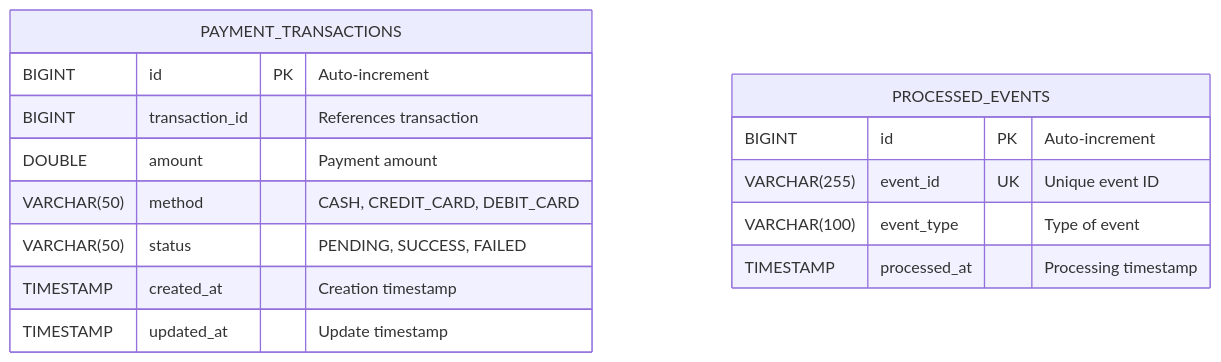
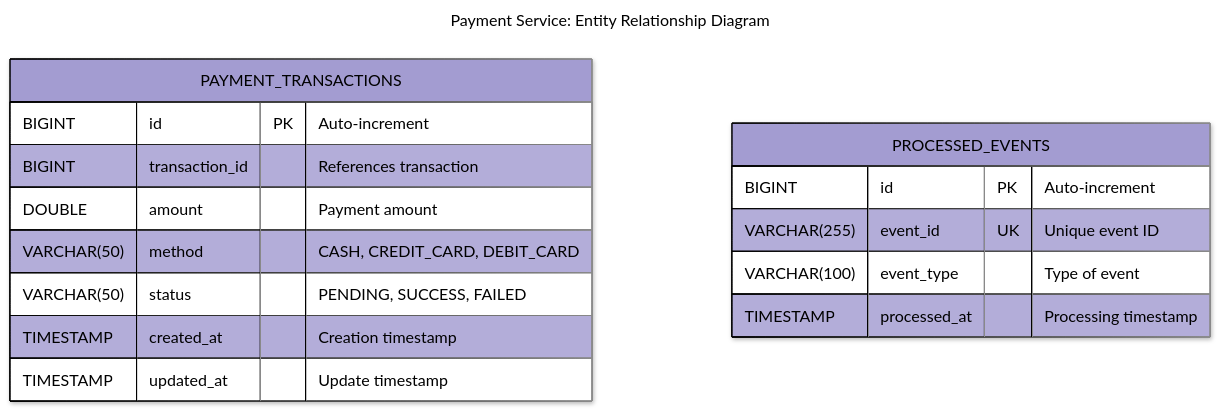
One commit to BrunoGil-AS/Vending-Machine-Microservices changed the fifth of 10 diagrams in Documentation/diagrams/payment-service.md. Above: the diagram before and after it, drawn with Mermaid. The commit also changed other lines of this file and 7 other files, not shown here.

Commit message:
docs: Update service diagrams with new configurations and titles

````diff
--- a/Documentation/diagrams/payment-service.md
+++ b/Documentation/diagrams/payment-service.md
@@ -218,19 +274,33 @@
 ```mermaid
+---
+config:
+  theme: base
+  themeVariables:
+    primaryColor: '#a39cd1ff'
+    primaryTextColor: '#000000'
+    secondaryTextColor: '#ffffffff'
+    primaryBorderColor: '#000000'
+    lineColor: '#000000ff'
+    secondaryColor: '#90b590ff'
+    tertiaryColor: '#f9f6a1ff'
+  look: neo
+title: 'Payment Service: Entity Relationship Diagram'
+---
 erDiagram
     PAYMENT_TRANSACTIONS {
         BIGINT id PK "Auto-increment"
         BIGINT transaction_id "References transaction"
         DOUBLE amount "Payment amount"
         VARCHAR(50) method "CASH, CREDIT_CARD, DEBIT_CARD"
         VARCHAR(50) status "PENDING, SUCCESS, FAILED"
         TIMESTAMP created_at "Creation timestamp"
         TIMESTAMP updated_at "Update timestamp"
     }
 
     PROCESSED_EVENTS {
         BIGINT id PK "Auto-increment"
         VARCHAR(255) event_id UK "Unique event ID"
         VARCHAR(100) event_type "Type of event"
         TIMESTAMP processed_at "Processing timestamp"
     }
 ```
````
